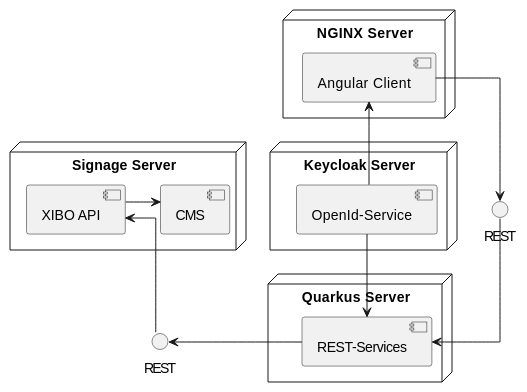
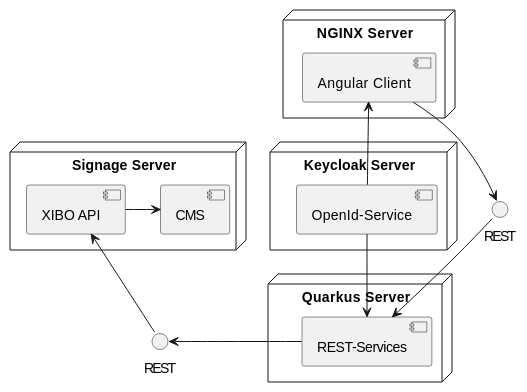
The second of 2 diagrams in asciidocs/system-specification.adoc (danielandricic/digital-signage-on-demand-videos-slides), drawn with PlantUML before and after one commit. The commit also changed other lines of this file and 7 other files, not shown here.

```diff
--- a/asciidocs/system-specification.adoc
+++ b/asciidocs/system-specification.adoc
@@ -131,37 +115,37 @@
 [plantuml,systemArch,png]
 ----
 @startuml
-skinparam linetype ortho
+skinparam linetype orthodox
 
 
 node "Signage Server" {
     [CMS]
     [XIBO API]
 }
 
 node "NGINX Server" {
     [Angular Client]
 }
 
 circle REST as r1
 circle REST as r2
 
 node "Quarkus Server" {
     [REST-Services]
 }
 
 node "Keycloak Server" {
     [OpenId-Service]
 }
 
 
 [XIBO API] <-- r1
 [REST-Services] -left-> r1
 [OpenId-Service] -right-> [REST-Services]
 [OpenId-Service] -up-> [Angular Client]
 [XIBO API] -right-> [CMS]
 [Angular Client] --> r2
 r2 --> [REST-Services]
 
 @enduml
 ----
```
